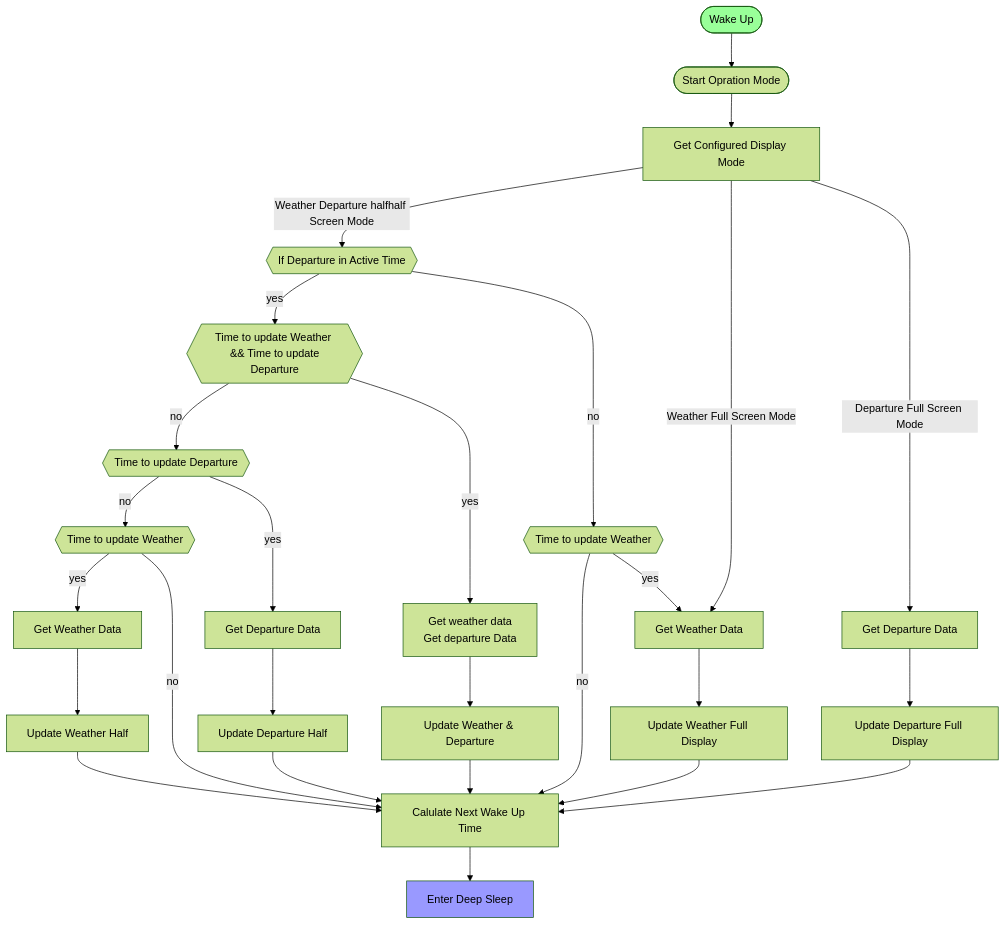
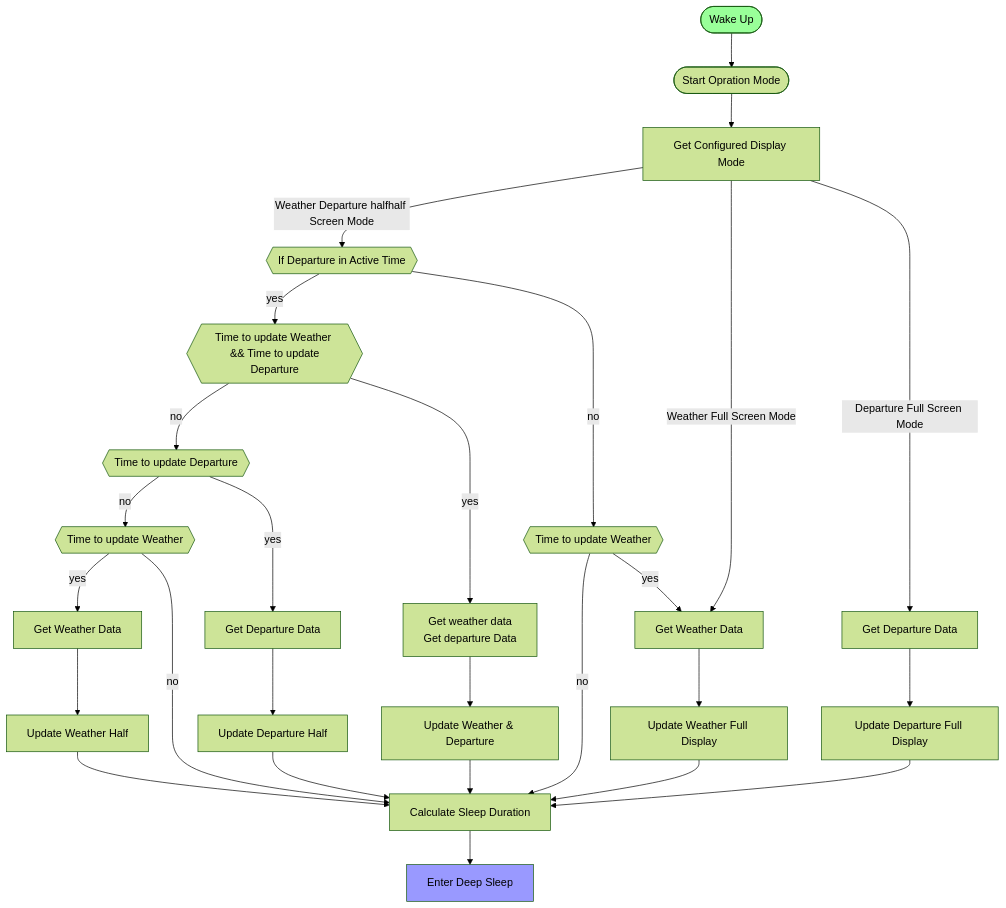
Before and after one commit to gogo-boot/e-board: the diagram in docs/refresh-process.md, drawn with Mermaid (forest theme). The commit also changed other lines of this file, not shown here.

Commit message:
add sleep duration

````diff
--- a/docs/refresh-process.md
+++ b/docs/refresh-process.md
@@ -3,28 +3,28 @@
 ```mermaid
 flowchart TD
-    PrepareToSleep[Calulate Next Wake Up Time]
+    PrepareToSleep[Calculate Sleep Duration]
 %%  Getting Configured Display Mode
     Start([Wake Up]) --> StartOperation
     StartOperation([Start Opration Mode]) --> GetDisplayMode[Get Configured Display Mode]
     GetDisplayMode -->|Weather Departure halfhalf Screen Mode| IfDepartureActive{{If Departure in Active Time}}
     GetDisplayMode -->|Weather Full Screen Mode| GetWeather[Get Weather Data] --> UpdateWeather[Update Weather Full Display] --> PrepareToSleep
     GetDisplayMode -->|Departure Full Screen Mode| GetDeparture[Get Departure Data] --> UpdateDeparture[Update Departure Full Display] --> PrepareToSleep
 %%  Half Half Mode / If Departure is in Active Time
     IfDepartureActive -->|yes| IfNeedWeatherDeparture{{Time to update Weather \n && Time to update Departure}}
     IfDepartureActive -->|no| IfNeedWeatherUpdate{{Time to update Weather}}
 %%  If Departure is in Active Time / If Time to update Weather & Departure
     IfNeedWeatherDeparture -->|no| IfNeedDepartureUpdate{{Time to update Departure}}
     IfNeedWeatherDeparture -->|yes| GetWeatherDepartureData[Get weather data \n Get departure Data] --> DisplayWeatherDeparture[Update Weather & Departure] --> PrepareToSleep
 %%  If Time to update Weather & Departure / If Time to update Departure
     IfNeedDepartureUpdate -->|no| IfTimeToUpdateWeather{{Time to update Weather}}
     IfNeedDepartureUpdate -->|yes| GetDepartureData[Get Departure Data] --> DisplayDepartureHalf[Update Departure Half] --> PrepareToSleep
 %%  If Time to update Departure / If Time to update Weather
     IfTimeToUpdateWeather -->|yes| GetWeatherData[Get Weather Data] --> DisplayWeatherHalf[Update Weather Half] --> PrepareToSleep
     IfTimeToUpdateWeather -->|no| PrepareToSleep
 %%  If Departure is in Active Time / Time to update Weather
     IfNeedWeatherUpdate -->|no| PrepareToSleep
     IfNeedWeatherUpdate -->|yes| GetWeather
     PrepareToSleep --> DeepSleep[Enter Deep Sleep]
     style Start fill: #99ff99
     style DeepSleep fill: #9999ff
 ```
````
